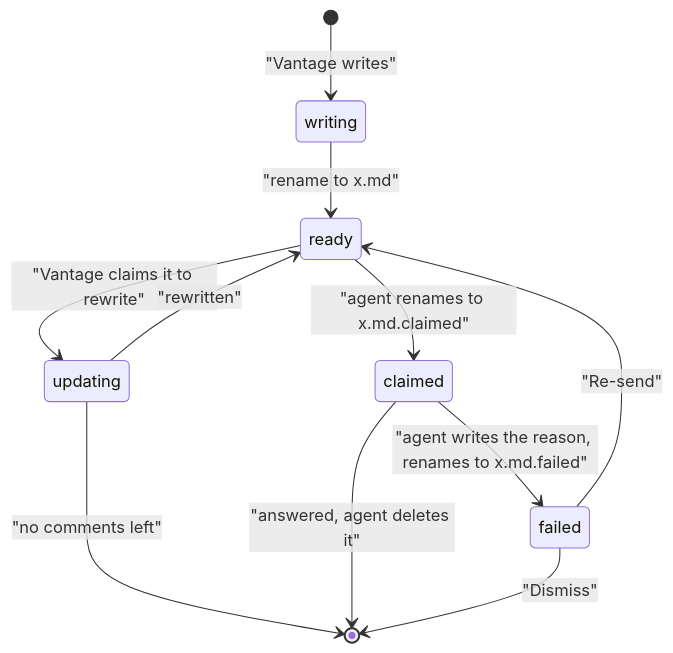
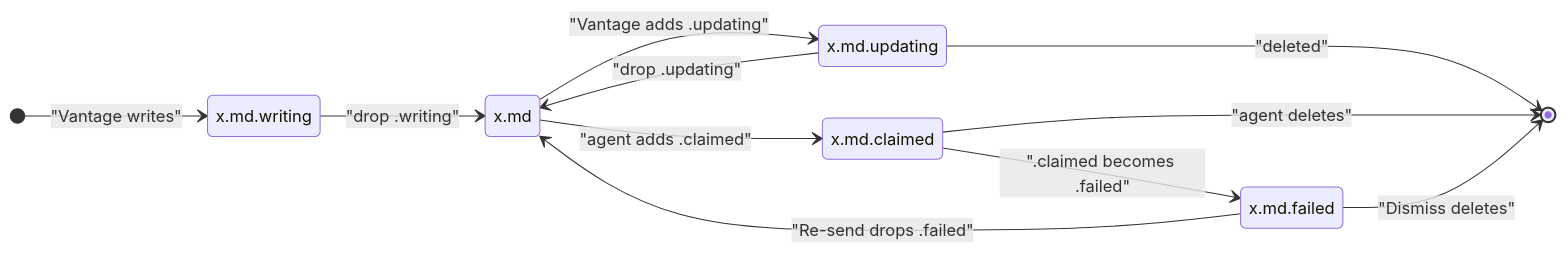
The second of 2 diagrams in docs/design/review-outbox.md (christopher-beckham/vantage), drawn with Mermaid before and after one commit. The commit also changed other lines of this file and 1 other file, not shown here.

Commit message:
docs(review): add an outbox tutorial and name the files in the state diagram

````diff
--- a/docs/design/review-outbox.md
+++ b/docs/design/review-outbox.md
@@ -99,13 +99,19 @@
 ```mermaid
 stateDiagram-v2
+    direction LR
+    state "x.md.writing" as writing
+    state "x.md" as ready
+    state "x.md.updating" as updating
+    state "x.md.claimed" as claimed
+    state "x.md.failed" as failed
     [*] --> writing: "Vantage writes"
-    writing --> ready: "rename to x.md"
-    ready --> updating: "Vantage claims it to rewrite"
-    updating --> ready: "rewritten"
-    updating --> [*]: "no comments left"
-    ready --> claimed: "agent renames to x.md.claimed"
-    claimed --> [*]: "answered, agent deletes it"
-    claimed --> failed: "agent writes the reason, renames to x.md.failed"
-    failed --> ready: "Re-send"
-    failed --> [*]: "Dismiss"
+    writing --> ready: "drop .writing"
+    ready --> updating: "Vantage adds .updating"
+    updating --> ready: "drop .updating"
+    updating --> [*]: "deleted"
+    ready --> claimed: "agent adds .claimed"
+    claimed --> [*]: "agent deletes"
+    claimed --> failed: ".claimed becomes .failed"
+    failed --> ready: "Re-send drops .failed"
+    failed --> [*]: "Dismiss deletes"
 ```
````
